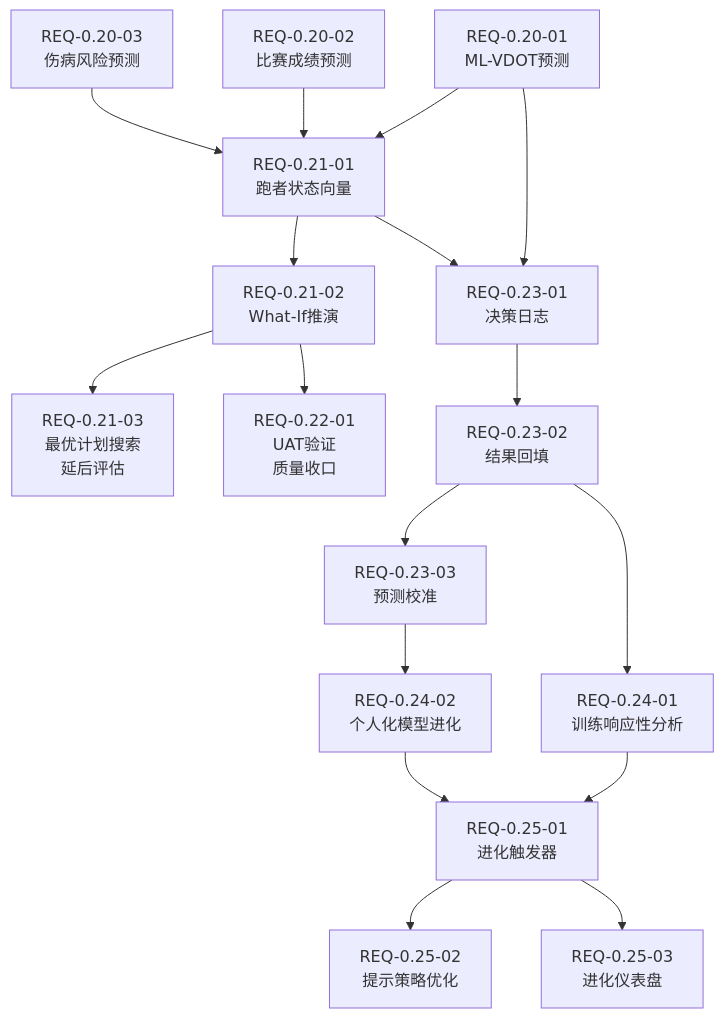
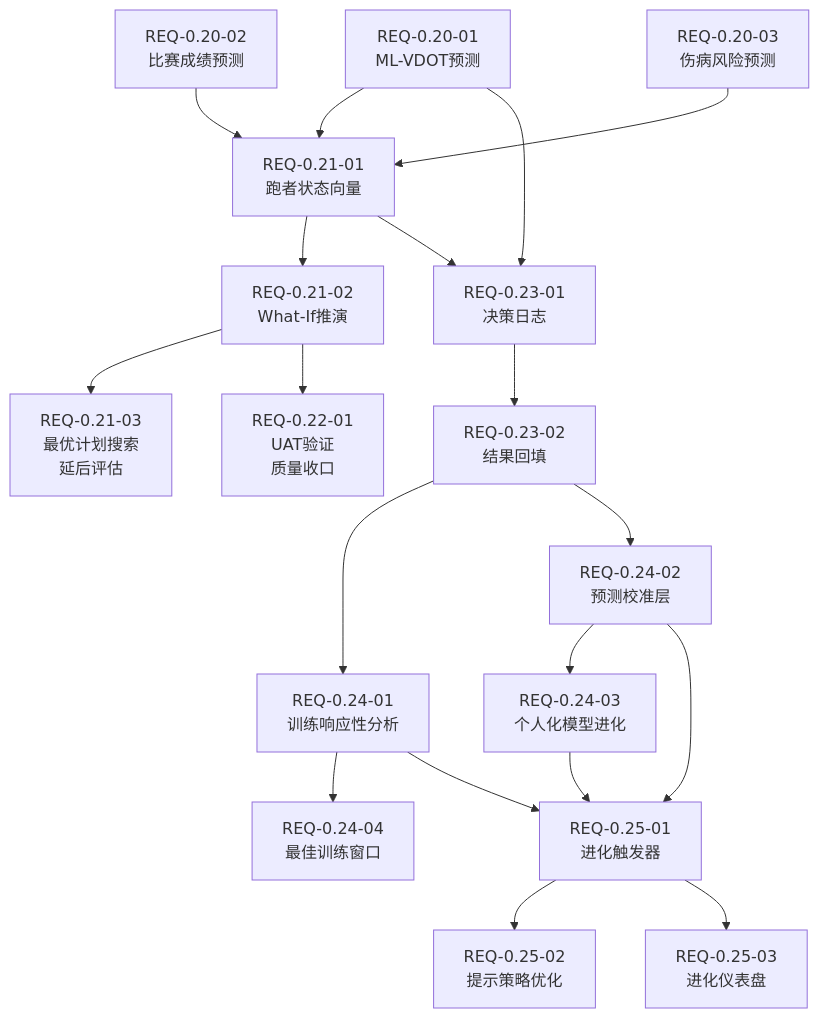
The first of 2 diagrams in docs/requirements/REQ_需求规格说明书.md (yecllsl/nanobot-runner), drawn with Mermaid before and after one commit. The commit also changed other lines of this file and 56 other files, not shown here.

````diff
--- a/docs/requirements/REQ_需求规格说明书.md
+++ b/docs/requirements/REQ_需求规格说明书.md
@@ -501,19 +622,21 @@
 ```mermaid
 graph TD
     REQ02001[REQ-0.20-01<br/>ML-VDOT预测] --> REQ02101[REQ-0.21-01<br/>跑者状态向量]
     REQ02002[REQ-0.20-02<br/>比赛成绩预测] --> REQ02101
     REQ02003[REQ-0.20-03<br/>伤病风险预测] --> REQ02101
     REQ02101 --> REQ02102[REQ-0.21-02<br/>What-If推演]
     REQ02102 --> REQ02103[REQ-0.21-03<br/>最优计划搜索<br/>延后评估]
     REQ02102 --> REQ02201[REQ-0.22-01<br/>UAT验证<br/>质量收口]
     REQ02001 --> REQ02301[REQ-0.23-01<br/>决策日志]
     REQ02101 --> REQ02301
     REQ02301 --> REQ02302[REQ-0.23-02<br/>结果回填]
-    REQ02302 --> REQ02303[REQ-0.23-03<br/>预测校准]
     REQ02302 --> REQ02401[REQ-0.24-01<br/>训练响应性分析]
-    REQ02303 --> REQ02402[REQ-0.24-02<br/>个人化模型进化]
+    REQ02302 --> REQ02402[REQ-0.24-02<br/>预测校准层]
+    REQ02402 --> REQ02403[REQ-0.24-03<br/>个人化模型进化]
+    REQ02401 --> REQ02404[REQ-0.24-04<br/>最佳训练窗口]
     REQ02401 --> REQ02501[REQ-0.25-01<br/>进化触发器]
     REQ02402 --> REQ02501
+    REQ02403 --> REQ02501
     REQ02501 --> REQ02502[REQ-0.25-02<br/>提示策略优化]
     REQ02501 --> REQ02503[REQ-0.25-03<br/>进化仪表盘]
 ```
````
